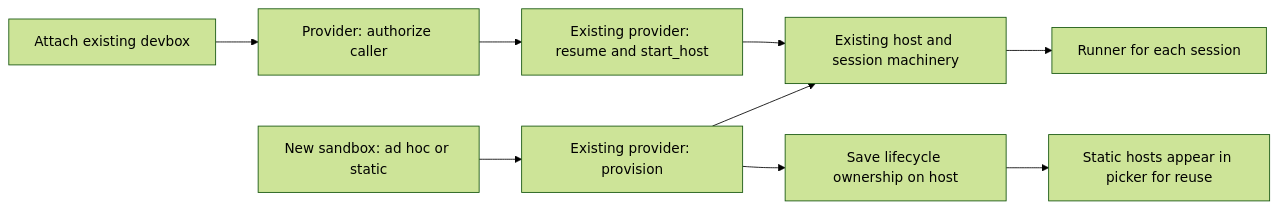
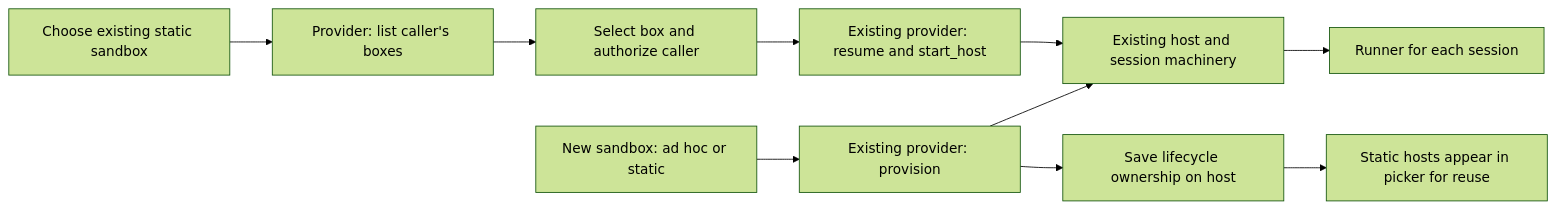
The first of 2 diagrams in docs/extending/attached_sandboxes.md (MichielMAnalytics/omnigent), drawn with Mermaid (forest theme) before and after one commit. The commit also changed other lines of this file and 15 other files, not shown here.

Commit message:
feat: discover existing static sandboxes separately from creation

````diff
--- a/docs/extending/attached_sandboxes.md
+++ b/docs/extending/attached_sandboxes.md
@@ -8,11 +8,12 @@
 ```mermaid
 flowchart LR
     A[New sandbox: ad hoc or static] --> P[Existing provider: provision]
     P --> H[Existing host and session machinery]
     P --> O[Save lifecycle ownership on host]
     O --> K[Static hosts appear in picker for reuse]
-    B[Attach existing devbox] --> C[Provider: authorize caller]
+    B[Choose existing static sandbox] --> D[Provider: list caller's boxes]
+    D --> C[Select box and authorize caller]
     C --> R[Existing provider: resume and start_host]
     R --> H
     H --> S[Runner for each session]
 ```
````
